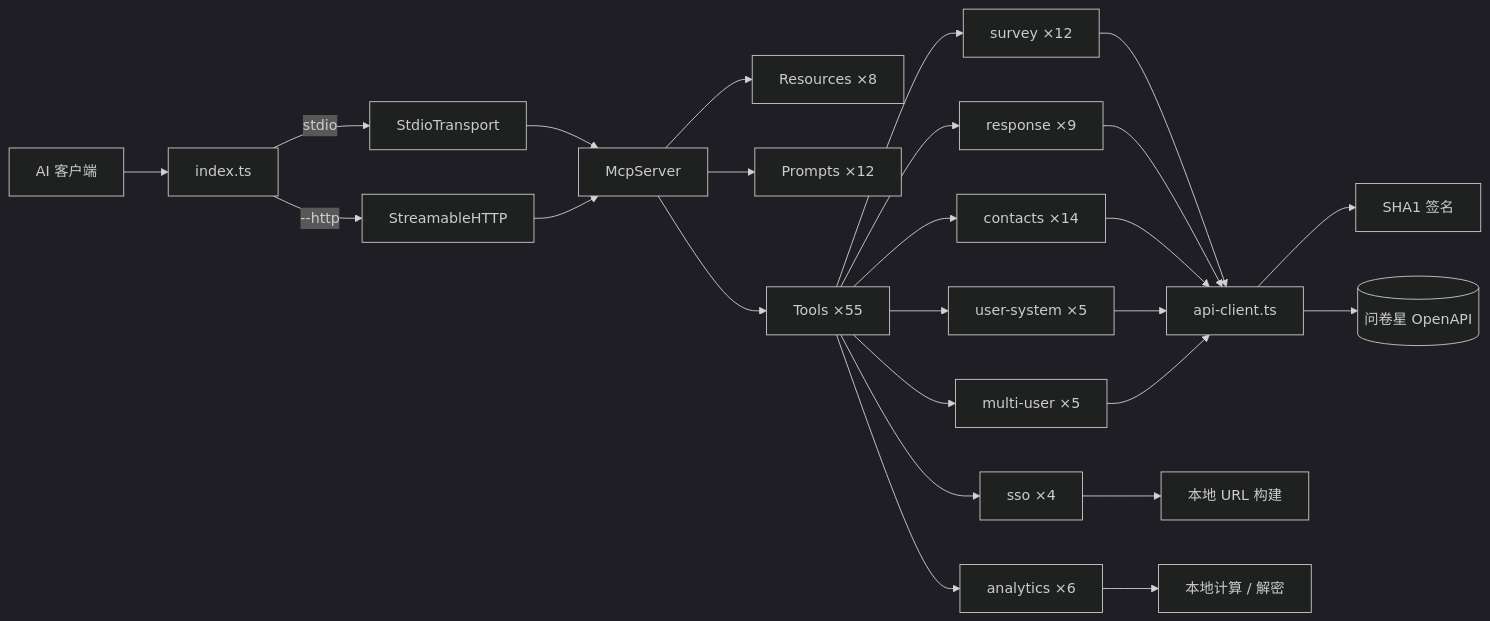
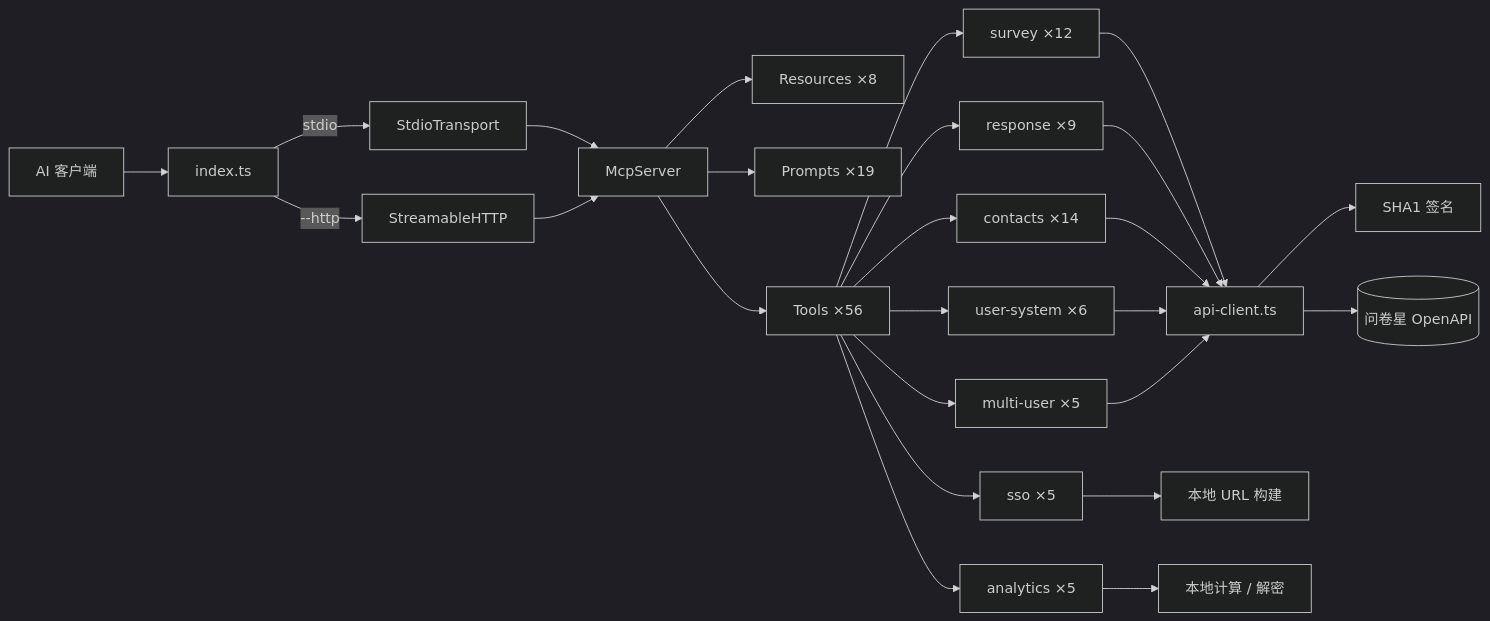
Before and after one commit to wjxcom/wjx-ai-kit: the diagram in wjx-ai-kit/wjx-mcp-server/README.md, drawn with Mermaid (dark theme). The commit also changed other lines of this file and 68 other files, not shown here.

````diff
--- a/wjx-ai-kit/wjx-mcp-server/README.md
+++ b/wjx-ai-kit/wjx-mcp-server/README.md
@@ -48,28 +52,28 @@
 ```mermaid
 flowchart LR
     Client[AI 客户端] --> Entry[index.ts]
     Entry --> |stdio| STDIO[StdioTransport]
     Entry --> |--http| HTTP[StreamableHTTP]
 
     STDIO --> Server[McpServer]
     HTTP --> Server
 
     Server --> R[Resources ×8]
-    Server --> P[Prompts ×12]
-    Server --> Tools[Tools ×55]
+    Server --> P[Prompts ×19]
+    Server --> Tools[Tools ×56]
 
     Tools --> S1[survey ×12]
     Tools --> S2[response ×9]
     Tools --> S3[contacts ×14]
-    Tools --> S4[sso ×4]
-    Tools --> S5[user-system ×5]
+    Tools --> S4[sso ×5]
+    Tools --> S5[user-system ×6]
     Tools --> S6[multi-user ×5]
-    Tools --> S7[analytics ×6]
+    Tools --> S7[analytics ×5]
 
     S1 & S2 & S3 & S5 & S6 --> API[api-client.ts]
     API --> Sign[SHA1 签名]
     API --> WJX[(问卷星 OpenAPI)]
 
     S4 --> URL[本地 URL 构建]
     S7 --> Calc[本地计算 / 解密]
 ```
````
